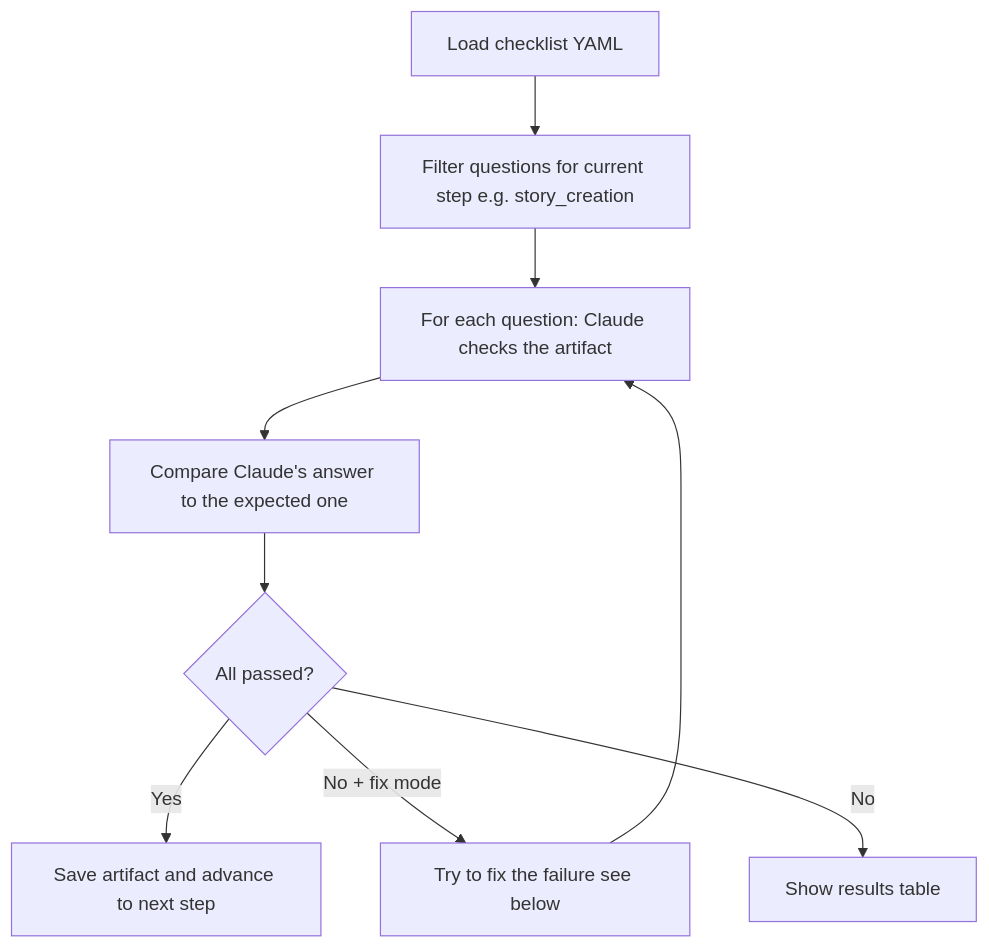
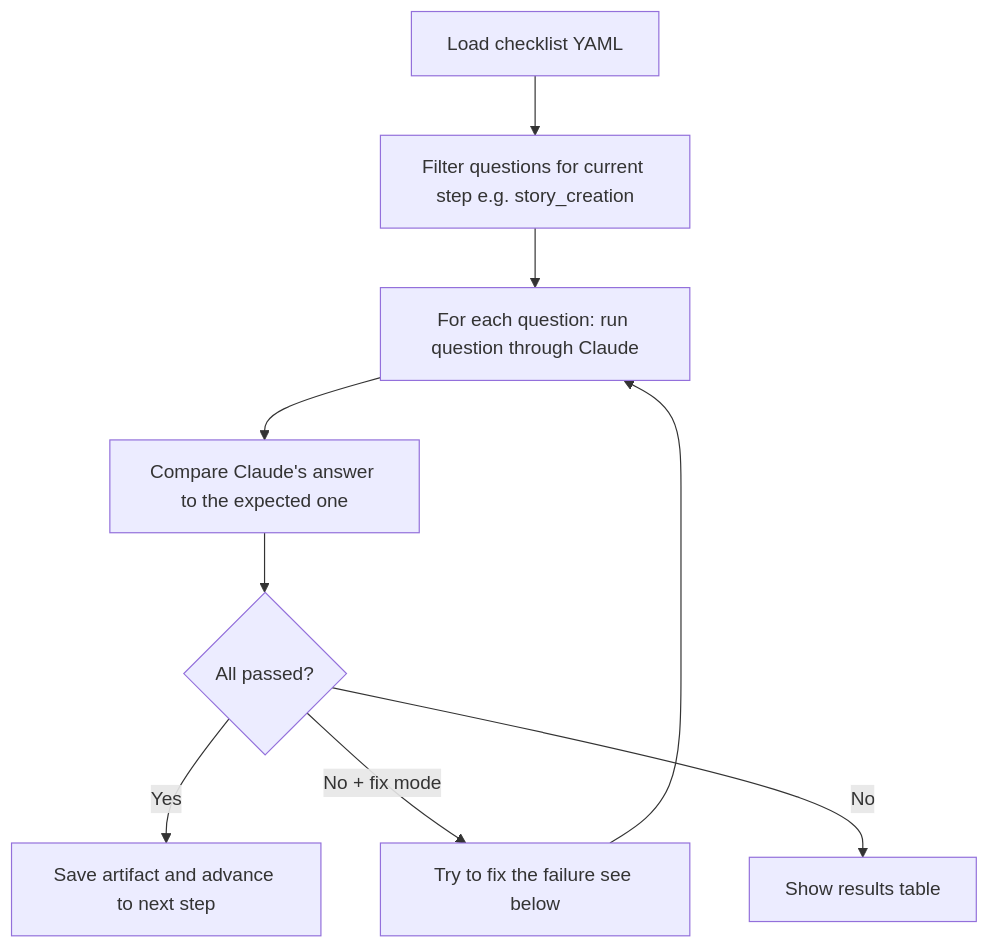
One commit to ondatra-ai/awesome-claude-mcp changed the first of 2 diagrams in scripts/bmad-cli/checklist-validation.md. Above: the diagram before and after it, drawn with Mermaid.

Commit message:
docs: use clearer phrasing for Claude check step in diagram

````diff
--- a/scripts/bmad-cli/checklist-validation.md
+++ b/scripts/bmad-cli/checklist-validation.md
@@ -47,11 +47,11 @@
 ```mermaid
 flowchart TD
     A[Load checklist YAML] --> B[Filter questions for current step e.g. story_creation]
-    B --> C[For each question: Claude checks the artifact]
+    B --> C[For each question: run question through Claude]
     C --> D[Compare Claude's answer to the expected one]
     D --> E{All passed?}
     E -->|Yes| F[Save artifact and advance to next step]
     E -->|No + fix mode| G[Try to fix the failure see below]
     E -->|No| H[Show results table]
     G --> C
 ```
````
